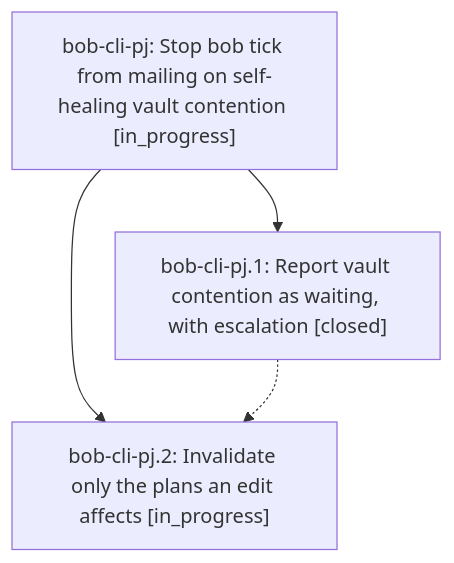
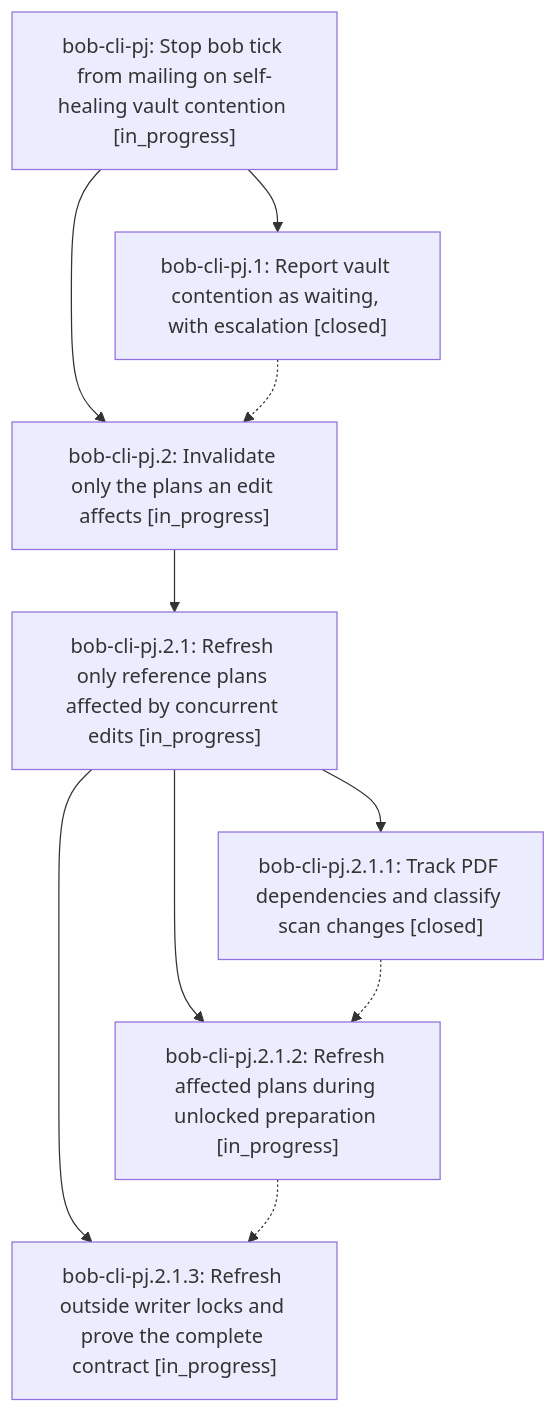
The diagram in pages/bob-cli-pj/README.md (bobs-org/bob-cli--beads), drawn with Mermaid before and after one commit. The commit also changed other lines of this file and 6 other files, not shown here.

First line of the commit message:
chore(beads): sync bead state and pages for bob-cli-pj

````diff
--- a/pages/bob-cli-pj/README.md
+++ b/pages/bob-cli-pj/README.md
@@ -35,9 +37,19 @@
 ```mermaid
 flowchart TD
     n0["bob-cli-pj: Stop bob tick from mailing on self-healing vault contention [in_progress]"]
     n1["bob-cli-pj.1: Report vault contention as waiting, with escalation [closed]"]
     n2["bob-cli-pj.2: Invalidate only the plans an edit affects [in_progress]"]
+    n3["bob-cli-pj.2.1: Refresh only reference plans affected by concurrent edits [in_progress]"]
+    n4["bob-cli-pj.2.1.1: Track PDF dependencies and classify scan changes [closed]"]
+    n5["bob-cli-pj.2.1.2: Refresh affected plans during unlocked preparation [in_progress]"]
+    n6["bob-cli-pj.2.1.3: Refresh outside writer locks and prove the complete contract [in_progress]"]
     n0 --> n1
     n0 --> n2
+    n2 --> n3
+    n3 --> n4
+    n3 --> n5
+    n3 --> n6
     n1 -.-> n2
+    n4 -.-> n5
+    n5 -.-> n6
 ```
````
